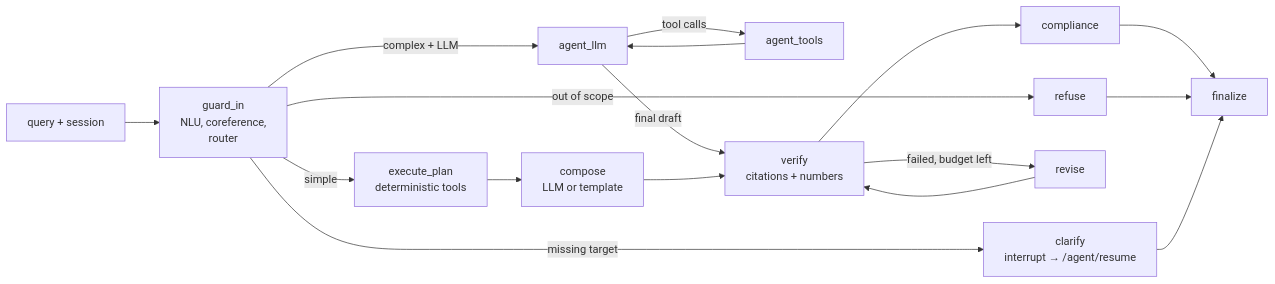
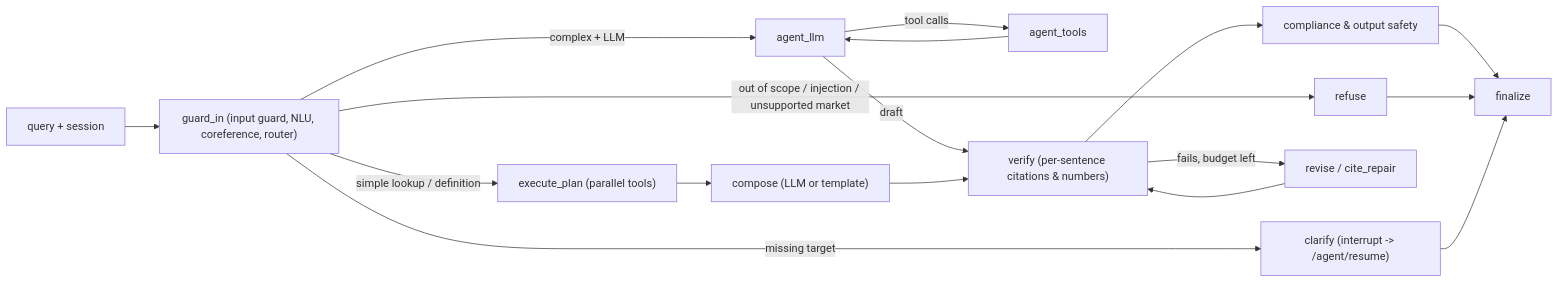
Before and after one commit to beautifulrem/FinSight: the diagram in docs/agent.md, drawn with Mermaid. The commit also changed other lines of this file and 54 other files, not shown here.

````diff
--- a/docs/agent.md
+++ b/docs/agent.md
@@ -16,15 +16,15 @@
 ```mermaid
 flowchart LR
-    Q[query + session] --> G[guard_in<br/>NLU, coreference,<br/>router]
-    G -->|out of scope| R[refuse]
-    G -->|missing target| C[clarify<br/>interrupt → /agent/resume]
-    G -->|simple| P[execute_plan<br/>deterministic tools]
-    G -->|complex + LLM| A[agent_llm]
-    A -->|tool calls| T[agent_tools] --> A
-    A -->|final draft| V
-    P --> K[compose<br/>LLM or template] --> V[verify<br/>citations + numbers]
-    V -->|failed, budget left| X[revise] --> V
-    V --> M[compliance] --> F[finalize]
-    R --> F
-    C --> F
+  Q["query + session"] --> G["guard_in (input guard, NLU, coreference, router)"]
+  G -->|out of scope / injection / unsupported market| R["refuse"]
+  G -->|missing target| C["clarify (interrupt -> /agent/resume)"]
+  G -->|simple lookup / definition| P["execute_plan (parallel tools)"]
+  G -->|complex + LLM| A["agent_llm"]
+  A -->|tool calls| T["agent_tools"] --> A
+  A -->|draft| V
+  P --> K["compose (LLM or template)"] --> V["verify (per-sentence citations & numbers)"]
+  V -->|fails, budget left| X["revise / cite_repair"] --> V
+  V --> M["compliance & output safety"] --> F["finalize"]
+  R --> F
+  C --> F
 ```
````
